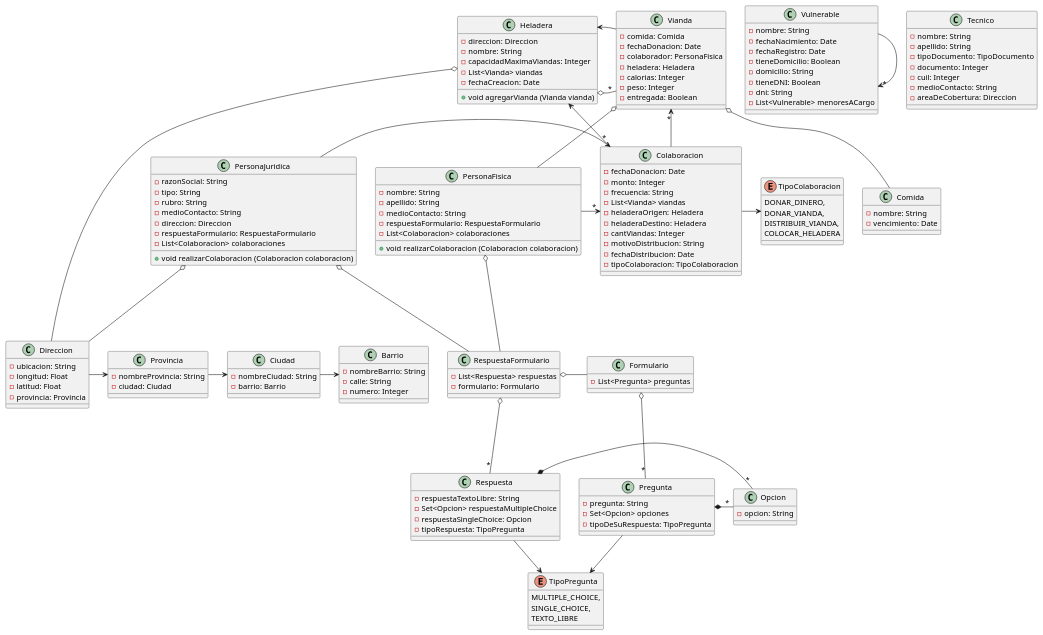
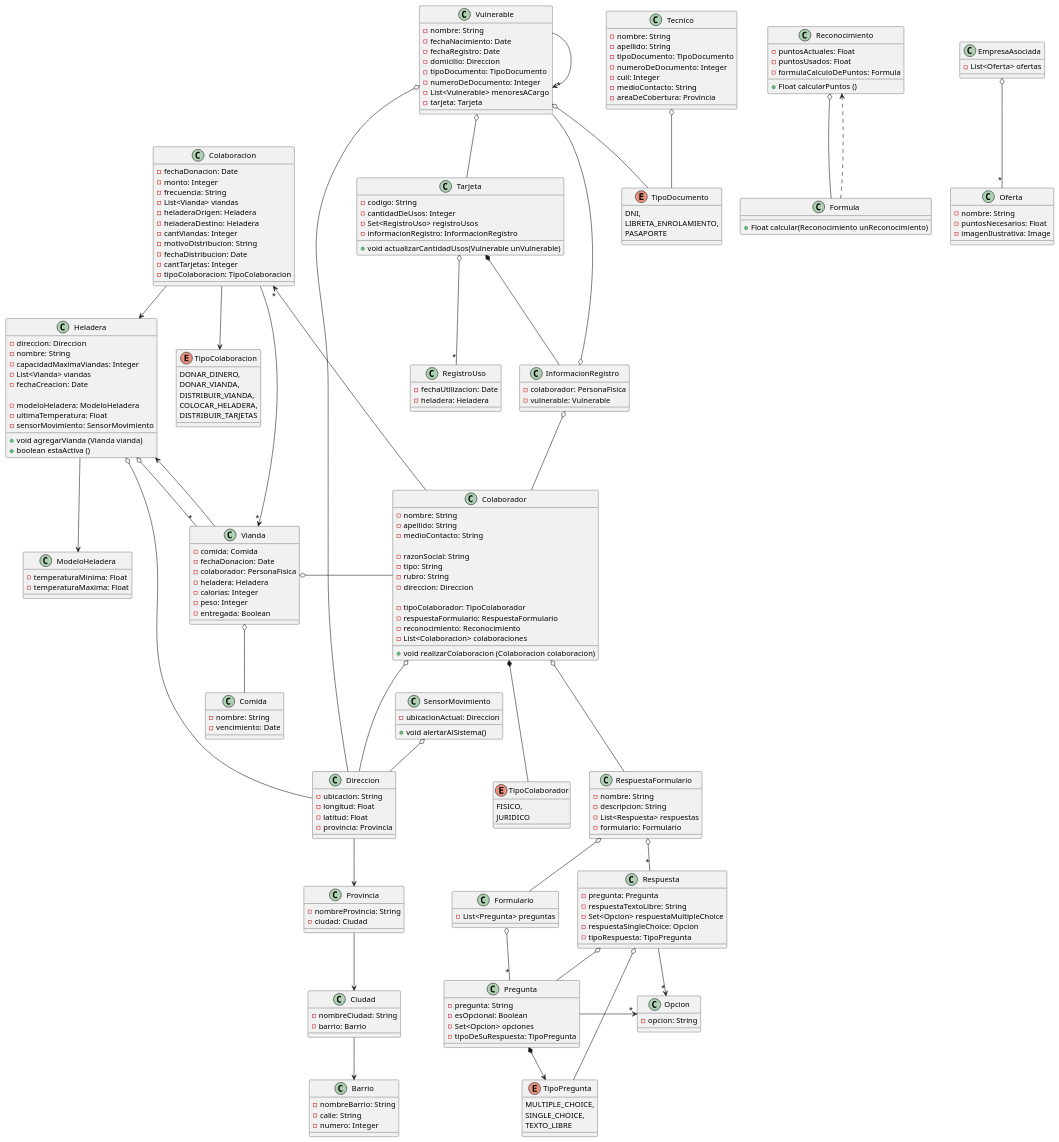
Before and after one commit to santymendez/tp-dds-2024: the diagram in diagrams/domain/diagrama-clases.puml, drawn with PlantUML.

Commit message:
feat: se actualiza el diagrama de clases Co-authored-by: ilorences <ilorences@frba.utn.edu.ar> Co-authored-by: MatiasJastrebow <mjastrebow@frba.utn.edu.ar> Co-authored-by: santymendez <samendez@frba.utn.edu.ar>

```diff
--- a/diagrams/domain/diagrama-clases.puml
+++ b/diagrams/domain/diagrama-clases.puml
@@ -2,4 +2,5 @@
 @startuml
+'========================================== Clases de la entrega 1 ============================================='
 
 class Heladera {
     -direccion: Direccion
@@ -8,7 +9,13 @@
     -List<Vianda> viandas
     -fechaCreacion: Date
 
+    'TODO'
+    -modeloHeladera: ModeloHeladera
+    -ultimaTemperatura: Float
+    -sensorMovimiento: SensorMovimiento
+
     +void agregarVianda (Vianda vianda)
+    +boolean estaActiva ()
 }
 
 class Direccion {
@@ -53,46 +60,36 @@
     -nombre: String
     -fechaNacimiento: Date
     -fechaRegistro: Date
-    -tieneDomicilio: Boolean
-    -domicilio: String
-    -tieneDNI: Boolean
-    -dni: String
+    -domicilio: Direccion
+    -tipoDocumento: TipoDocumento
+    -numeroDeDocumento: Integer
     -List<Vulnerable> menoresACargo
+    -tarjeta: Tarjeta
 }
 
-class PersonaFisica {
+class Colaborador{
+    'De Persona Fisica'
     -nombre: String
     -apellido: String
     -medioContacto: String
+
+    'De Persona Juridica'
+    -razonSocial: String
+    -tipo: String
+    -rubro: String
+    -direccion: Direccion
+
+    -tipoColaborador: TipoColaborador
     -respuestaFormulario: RespuestaFormulario
+    -reconocimiento: Reconocimiento
     -List<Colaboracion> colaboraciones
 
     +void realizarColaboracion (Colaboracion colaboracion)
 }
 
-class PersonaJuridica {
-    -razonSocial: String
-    -tipo: String
-    -rubro: String
-    -medioContacto: String
-    -direccion: Direccion
-    -respuestaFormulario: RespuestaFormulario
-    -List<Colaboracion> colaboraciones
-
-    +void realizarColaboracion (Colaboracion colaboracion)
-}
-
-class Colaboracion {
-    -fechaDonacion: Date
-    -monto: Integer
-    -frecuencia: String
-    -List<Vianda> viandas
-    -heladeraOrigen: Heladera
-    -heladeraDestino: Heladera
-    -cantViandas: Integer
-    -motivoDistribucion: String
-    -fechaDistribucion: Date
-    -tipoColaboracion: TipoColaboracion
+enum TipoColaborador {
+    FISICO,
+    JURIDICO
 }
 
 class Formulario {
@@ -100,17 +97,21 @@
 }
 
 class RespuestaFormulario {
+    -nombre: String
+    -descripcion: String
     -List<Respuesta> respuestas
     -formulario: Formulario
 }
 
 class Pregunta {
     -pregunta: String
+    -esOpcional: Boolean
     -Set<Opcion> opciones
     -tipoDeSuRespuesta: TipoPregunta
 }
 
 class Respuesta {
+    -pregunta: Pregunta
     -respuestaTextoLibre: String
     -Set<Opcion> respuestaMultipleChoice
     -respuestaSingleChoice: Opcion
@@ -127,46 +128,138 @@
     TEXTO_LIBRE
 }
 
+class Colaboracion {
+    -fechaDonacion: Date
+    -monto: Integer
+    -frecuencia: String
+    -List<Vianda> viandas
+    -heladeraOrigen: Heladera
+    -heladeraDestino: Heladera
+    -cantViandas: Integer
+    -motivoDistribucion: String
+    -fechaDistribucion: Date
+    -cantTarjetas: Integer
+    -tipoColaboracion: TipoColaboracion
+}
+
 enum TipoColaboracion {
     DONAR_DINERO,
     DONAR_VIANDA,
     DISTRIBUIR_VIANDA,
-    COLOCAR_HELADERA
+    COLOCAR_HELADERA,
+    DISTRIBUIR_TARJETAS
+}
+
+'========================================== Clases de la entrega 2 ============================================='
+
+class ModeloHeladera {
+    -temperaturaMinima: Float
+    -temperaturaMaxima: Float
+}
+
+class SensorMovimiento {
+    -ubicacionActual: Direccion
+
+    +void alertarAlSistema()
+}
+
+'TODO'
+class Reconocimiento {
+    -puntosActuales: Float
+    -puntosUsados: Float
+    -formulaCalculoDePuntos: Formula
+
+    +Float calcularPuntos ()
+}
+
+class Formula {
+    +Float calcular(Reconocimiento unReconocimiento)
+}
+
+class Tarjeta {
+    -codigo: String
+    -cantidadDeUsos: Integer
+    -Set<RegistroUso> registroUsos
+    -informacionRegistro: InformacionRegistro
+
+    +void actualizarCantidadUsos(Vulnerable unVulnerable)
+}
+
+class RegistroUso {
+    -fechaUtilizacion: Date
+    -heladera: Heladera
+}
+
+class InformacionRegistro {
+    -colaborador: PersonaFisica
+    -vulnerable: Vulnerable
 }
 
 class Tecnico {
     -nombre: String
     -apellido: String
     -tipoDocumento: TipoDocumento
-    -documento: Integer
+    -numeroDeDocumento: Integer
     -cuil: Integer
     -medioContacto: String
-    -areaDeCobertura: Direccion
+    -areaDeCobertura: Provincia
 }
 
-Heladera o-"*" Vianda
-Vianda -> Heladera
-Colaboracion -> TipoColaboracion
-PersonaFisica ->"*" Colaboracion
-PersonaJuridica ->"*" Colaboracion
-Colaboracion ->"*" Vianda
+enum TipoDocumento {
+    DNI,
+    LIBRETA_ENROLAMIENTO,
+    PASAPORTE
+}
+
+'TODO'
+class EmpresaAsociada {
+    -List<Oferta> ofertas
+}
+
+class Oferta {
+    -nombre: String
+    -puntosNecesarios: Float
+    -imagenIlustrativa: Image
+}
+
+'================================================== Relaciones ================================================'
+
+Heladera o--"*" Vianda
+Vianda --> Heladera
+Colaboracion --> TipoColaboracion
+Colaborador -->"*" Colaboracion
+Colaboracion --->"*" Vianda
 Colaboracion -> Heladera
 Vulnerable ->"*" Vulnerable
 Heladera o-- Direccion
-PersonaJuridica o--- Direccion
+Colaborador o--- Direccion
 Vianda o-- Comida
-Vianda o-- PersonaFisica
-Formulario o---"*" Pregunta
+Vianda o- Colaborador
+Formulario o--"*" Pregunta
 RespuestaFormulario o--"*" Respuesta
-RespuestaFormulario o- Formulario
-PersonaFisica o--- RespuestaFormulario
-PersonaJuridica o--- RespuestaFormulario
-Respuesta *-"*" Opcion
-Pregunta *-"*" Opcion
-Pregunta --> TipoPregunta
-Respuesta -> TipoPregunta
-Direccion -> Provincia
-Provincia -> Ciudad
-Ciudad -> Barrio
+RespuestaFormulario o-- Formulario
+Colaborador o--- RespuestaFormulario
+Respuesta -->"*" Opcion
+Respuesta o-- Pregunta
+Pregunta ->"*" Opcion
+Pregunta *--> TipoPregunta
+Respuesta o-- TipoPregunta
+Direccion --> Provincia
+Provincia --> Ciudad
+Ciudad --> Barrio
+Vulnerable o-- Direccion
+Vulnerable o-- TipoDocumento
+Tecnico o-- TipoDocumento
+Vulnerable o-- Tarjeta
+Tarjeta o--"*" RegistroUso
+Tarjeta *-- InformacionRegistro
+InformacionRegistro o-- Colaborador
+InformacionRegistro o-- Vulnerable
+Reconocimiento o-- Formula
+Formula ..> Reconocimiento
+SensorMovimiento o-- Direccion
+EmpresaAsociada o--"*" Oferta
+Heladera --> ModeloHeladera
+Colaborador *--- TipoColaborador
 
 @enduml
```
